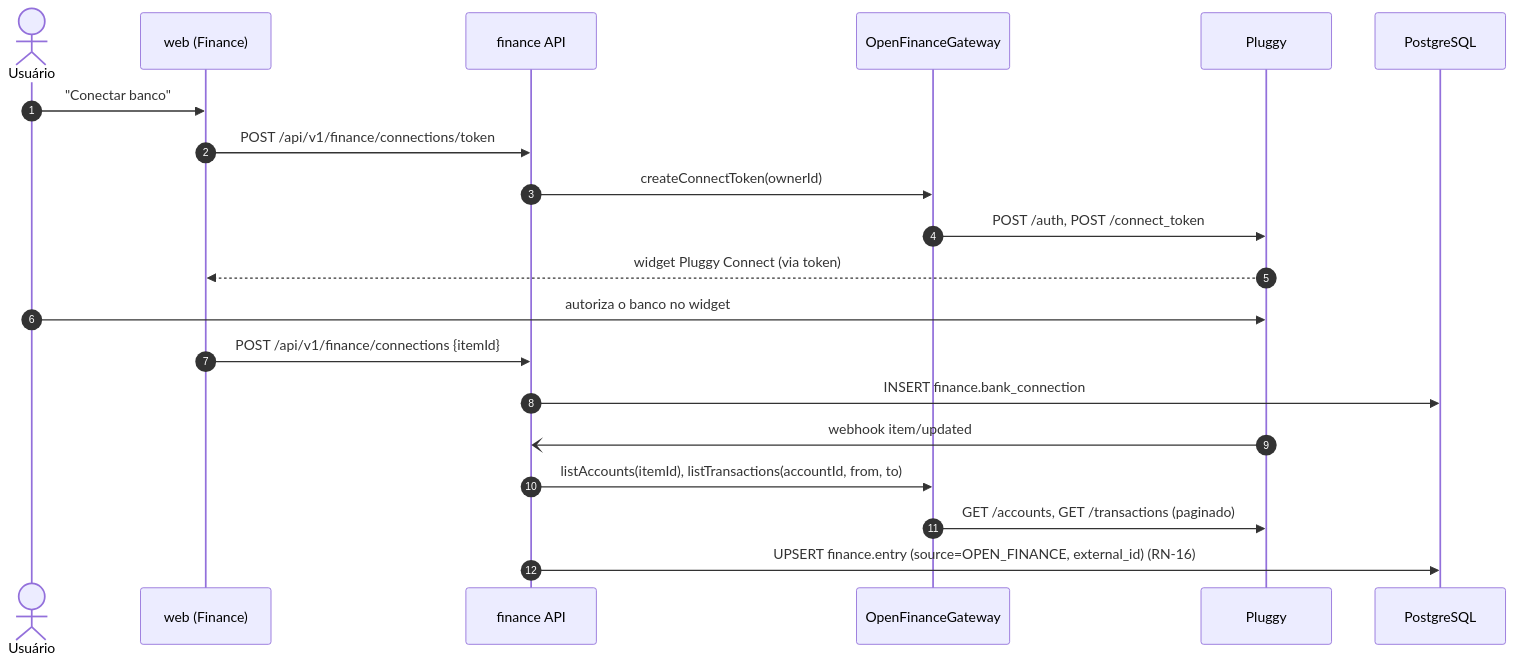
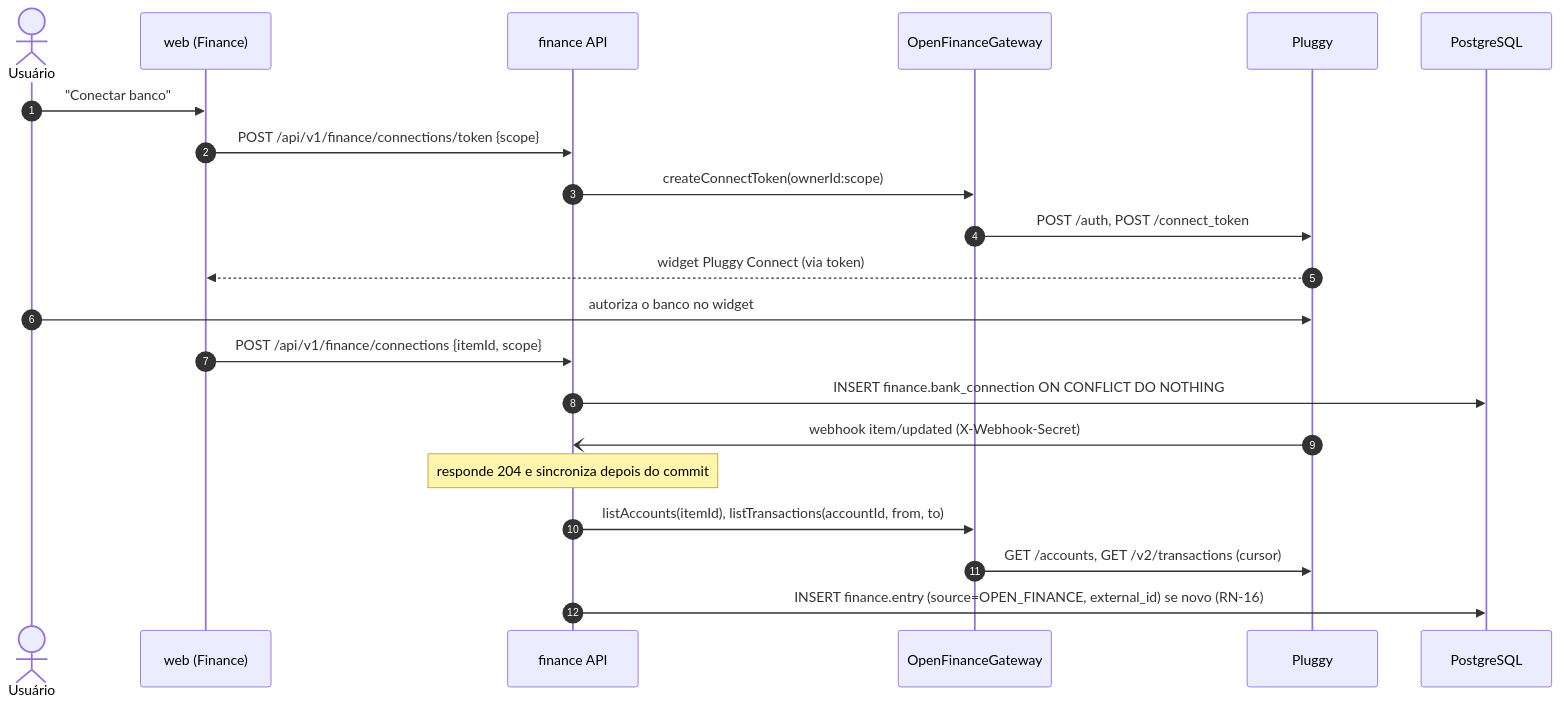
The eighth of 9 diagrams in docs/backend/diagramas.md (thiagobfernandes/tbfernandes-software), drawn with Mermaid before and after one commit. The commit also changed other lines of this file and 48 other files, not shown here.

First line of the commit message:
feat(finance,web): open finance with Pluggy [FIN-OF-01..08]

````diff
--- a/docs/backend/diagramas.md
+++ b/docs/backend/diagramas.md
@@ -399,23 +399,24 @@
 ```mermaid
 sequenceDiagram
     autonumber
     actor U as Usuário
     participant W as web (Finance)
     participant A as finance API
     participant P as OpenFinanceGateway
     participant PL as Pluggy
     participant DB as PostgreSQL
 
     U->>W: "Conectar banco"
-    W->>A: POST /api/v1/finance/connections/token
-    A->>P: createConnectToken(ownerId)
+    W->>A: POST /api/v1/finance/connections/token {scope}
+    A->>P: createConnectToken(ownerId:scope)
     P->>PL: POST /auth, POST /connect_token
     PL-->>W: widget Pluggy Connect (via token)
     U->>PL: autoriza o banco no widget
-    W->>A: POST /api/v1/finance/connections {itemId}
-    A->>DB: INSERT finance.bank_connection
-    PL-)A: webhook item/updated
+    W->>A: POST /api/v1/finance/connections {itemId, scope}
+    A->>DB: INSERT finance.bank_connection ON CONFLICT DO NOTHING
+    PL-)A: webhook item/updated (X-Webhook-Secret)
+    Note over A: responde 204 e sincroniza depois do commit
     A->>P: listAccounts(itemId), listTransactions(accountId, from, to)
-    P->>PL: GET /accounts, GET /transactions (paginado)
-    A->>DB: UPSERT finance.entry (source=OPEN_FINANCE, external_id) (RN-16)
+    P->>PL: GET /accounts, GET /v2/transactions (cursor)
+    A->>DB: INSERT finance.entry (source=OPEN_FINANCE, external_id) se novo (RN-16)
 ```
````
